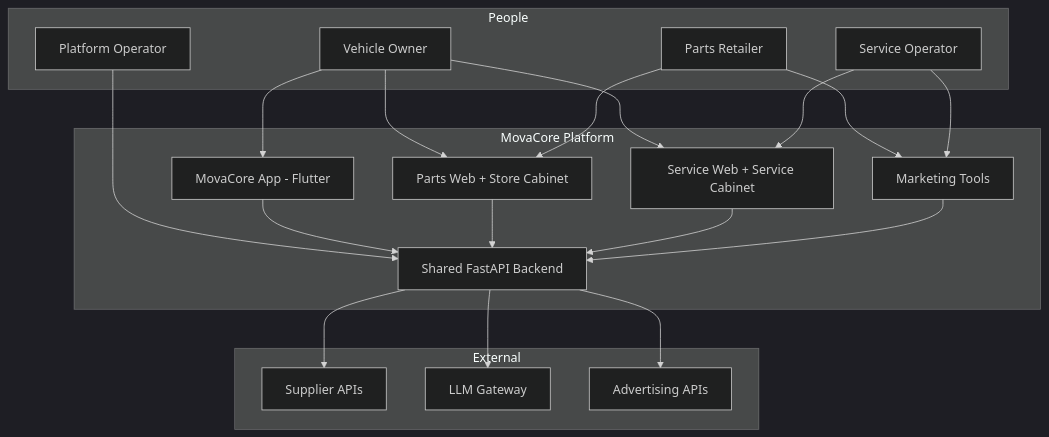
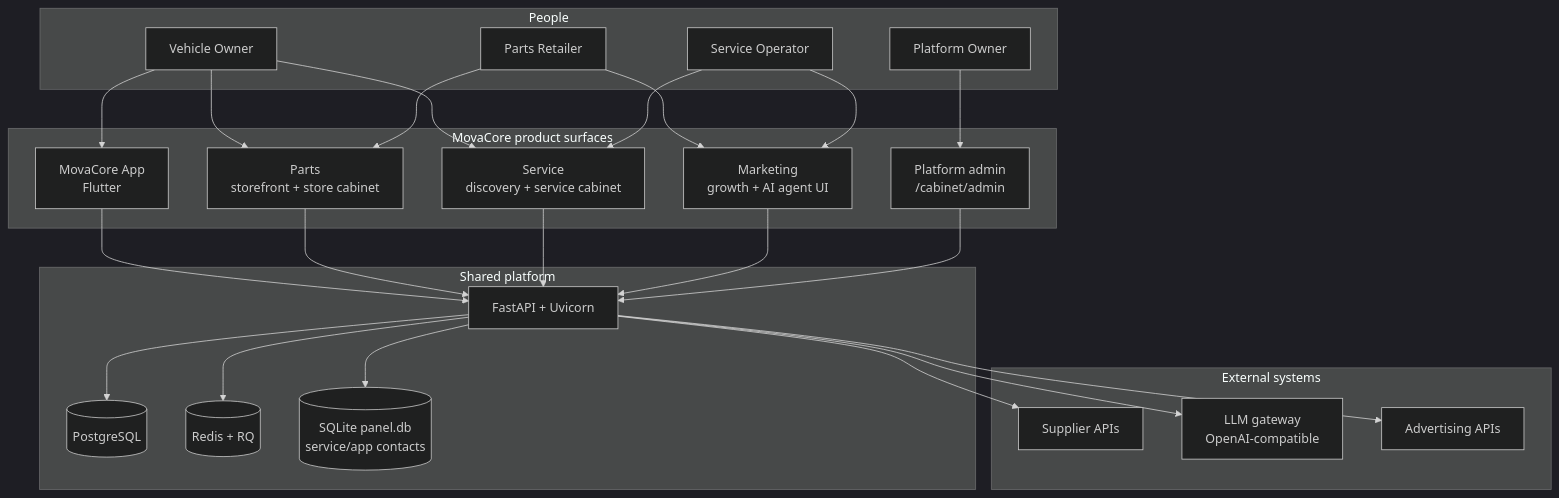
Before and after one commit to JuliShestakova/movacore-portfolio: the diagram in architecture/system-context.mmd, drawn with Mermaid (dark theme). The commit also changed 14 other files, not shown here.

Commit message:
feat: expand MovaCore engineering portfolio

```diff
--- a/architecture/system-context.mmd
+++ b/architecture/system-context.mmd
@@ -1,39 +1,51 @@
+%% MovaCore — system context (public portfolio)
 flowchart TB
-  subgraph People
-    VO[Vehicle Owner]
-    PR[Parts Retailer]
-    SO[Service Operator]
-    PO[Platform Operator]
+  subgraph Actors["People"]
+    VO["Vehicle Owner"]
+    PR["Parts Retailer"]
+    SO["Service Operator"]
+    PO["Platform Owner"]
   end
 
-  subgraph MovaCore["MovaCore Platform"]
-    APP[MovaCore App - Flutter]
-    PARTS[Parts Web + Store Cabinet]
-    SVC[Service Web + Service Cabinet]
-    MKT[Marketing Tools]
-    API[Shared FastAPI Backend]
+  subgraph Surfaces["MovaCore product surfaces"]
+    APP["MovaCore App<br/>Flutter"]
+    PARTS["Parts<br/>storefront + store cabinet"]
+    SVC["Service<br/>discovery + service cabinet"]
+    MKT["Marketing<br/>growth + AI agent UI"]
+    ADMIN["Platform admin<br/>/cabinet/admin"]
   end
 
-  subgraph External
-    SUP[Supplier APIs]
-    LLM[LLM Gateway]
-    ADS[Advertising APIs]
+  subgraph Core["Shared platform"]
+    API["FastAPI + Uvicorn"]
+    PG[("PostgreSQL")]
+    RD[("Redis + RQ")]
+    SQLITE[("SQLite panel.db<br/>service/app contacts")]
+  end
+
+  subgraph External["External systems"]
+    SUP["Supplier APIs"]
+    LLM["LLM gateway<br/>OpenAI-compatible"]
+    ADS["Advertising APIs"]
   end
 
   VO --> APP
   VO --> PARTS
   VO --> SVC
   PR --> PARTS
   SO --> SVC
-  PO --> API
+  PO --> ADMIN
   PR --> MKT
   SO --> MKT
 
   APP --> API
   PARTS --> API
   SVC --> API
   MKT --> API
+  ADMIN --> API
 
+  API --> PG
+  API --> RD
+  API --> SQLITE
   API --> SUP
   API --> LLM
   API --> ADS
```
